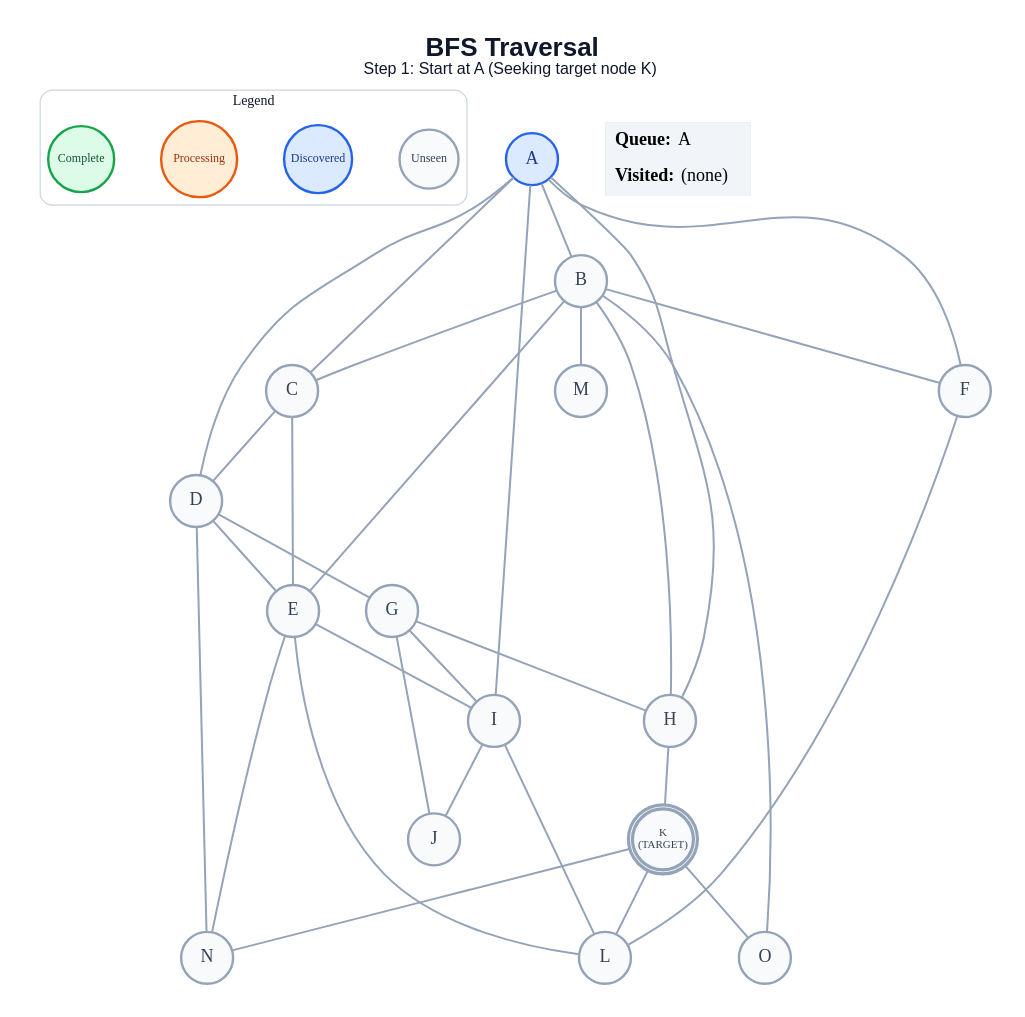
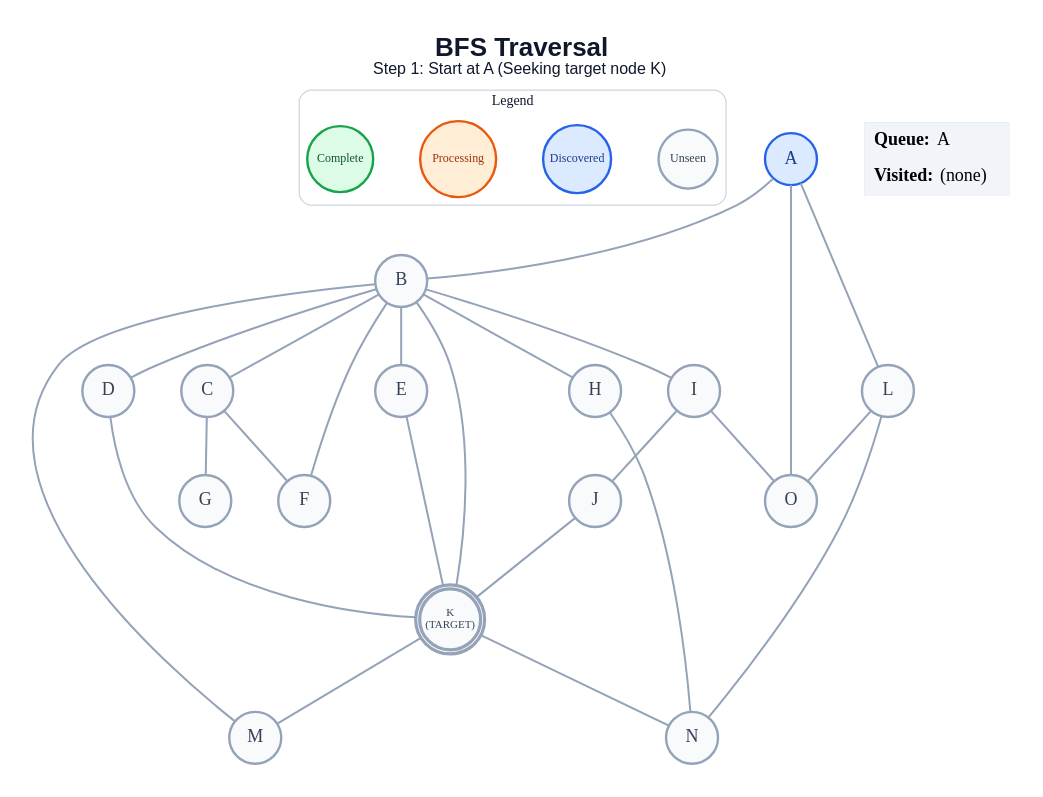
Before and after one commit to anon7238593-create/ai-slop: the diagram in generated/specific-node/bfs/step_01.dot, drawn with Graphviz. The commit also changed 289 other files, not shown here.

```diff
--- a/generated/specific-node/bfs/step_01.dot
+++ b/generated/specific-node/bfs/step_01.dot
@@ -1,64 +1,57 @@
 graph traversal {
   graph [layout=dot, rankdir=TB, bgcolor="#FFFFFF", pad="0.35", nodesep="0.65", ranksep="0.8", fontname="Arial"];
   node [shape=circle, style="filled", fontname="Arial Bold", fontsize=18, width=0.72, fixedsize=true, penwidth=2.4];
   edge [color="#94A3B8", penwidth=2.0];
   label=<<B>BFS Traversal</B><BR/><FONT POINT-SIZE="16">Step 1: Start at A (Seeking target node K)</FONT>>; labelloc="t"; fontsize=26; fontname="Arial"; fontcolor="#0F172A";
   subgraph cluster_legend { label="Legend"; color="#CBD5E1"; penwidth=1.2; style="rounded"; fontsize=14; fontname="Arial Bold";
     key_unseen [label="Unseen", fillcolor="#F8FAFC", color="#94A3B8", fontcolor="#334155", fontsize=12, width=0.82];
     key_frontier [label="Discovered", fillcolor="#DBEAFE", color="#2563EB", fontcolor="#1E3A8A", fontsize=12, width=0.95];
     key_current [label="Processing", fillcolor="#FFEDD5", color="#EA580C", fontcolor="#9A3412", fontsize=12, width=1.05];
     key_done [label="Complete", fillcolor="#DCFCE7", color="#16A34A", fontcolor="#14532D", fontsize=12, width=0.92];
     { rank=same; key_unseen; key_frontier; key_current; key_done; }
   }
   A [label="A", fillcolor="#DBEAFE", color="#2563EB", fontcolor="#1E3A8A", peripheries=1, penwidth=2.4];
   B [label="B", fillcolor="#F8FAFC", color="#94A3B8", fontcolor="#334155", peripheries=1, penwidth=2.4];
   C [label="C", fillcolor="#F8FAFC", color="#94A3B8", fontcolor="#334155", peripheries=1, penwidth=2.4];
   D [label="D", fillcolor="#F8FAFC", color="#94A3B8", fontcolor="#334155", peripheries=1, penwidth=2.4];
   E [label="E", fillcolor="#F8FAFC", color="#94A3B8", fontcolor="#334155", peripheries=1, penwidth=2.4];
   F [label="F", fillcolor="#F8FAFC", color="#94A3B8", fontcolor="#334155", peripheries=1, penwidth=2.4];
   G [label="G", fillcolor="#F8FAFC", color="#94A3B8", fontcolor="#334155", peripheries=1, penwidth=2.4];
   H [label="H", fillcolor="#F8FAFC", color="#94A3B8", fontcolor="#334155", peripheries=1, penwidth=2.4];
   I [label="I", fillcolor="#F8FAFC", color="#94A3B8", fontcolor="#334155", peripheries=1, penwidth=2.4];
   J [label="J", fillcolor="#F8FAFC", color="#94A3B8", fontcolor="#334155", peripheries=1, penwidth=2.4];
   K [label="K\n(TARGET)", fillcolor="#F8FAFC", color="#94A3B8", fontcolor="#334155", peripheries=2, penwidth=3.2, fontsize=11, width=0.85, height=0.85];
   L [label="L", fillcolor="#F8FAFC", color="#94A3B8", fontcolor="#334155", peripheries=1, penwidth=2.4];
   M [label="M", fillcolor="#F8FAFC", color="#94A3B8", fontcolor="#334155", peripheries=1, penwidth=2.4];
   N [label="N", fillcolor="#F8FAFC", color="#94A3B8", fontcolor="#334155", peripheries=1, penwidth=2.4];
   O [label="O", fillcolor="#F8FAFC", color="#94A3B8", fontcolor="#334155", peripheries=1, penwidth=2.4];
   A -- B;
-  A -- C;
-  A -- D;
-  A -- F;
-  A -- H;
-  A -- I;
+  A -- L;
+  A -- O;
   B -- C;
+  B -- D;
   B -- E;
   B -- F;
   B -- H;
+  B -- I;
+  B -- K;
   B -- M;
-  B -- O;
-  C -- D;
-  C -- E;
-  D -- E;
-  D -- G;
-  D -- N;
-  E -- I;
-  E -- L;
-  E -- N;
-  F -- L;
-  G -- H;
-  G -- I;
-  G -- J;
-  H -- K;
+  C -- F;
+  C -- G;
+  D -- K;
+  E -- K;
+  H -- N;
   I -- J;
-  I -- L;
-  K -- L;
+  I -- O;
+  J -- K;
+  K -- M;
   K -- N;
-  K -- O;
+  L -- N;
+  L -- O;
   status [shape=plain, fixedsize=false, width=0, height=0, margin=0, label=<
     <TABLE BORDER="0" CELLBORDER="0" CELLPADDING="7" BGCOLOR="#F1F5F9">
       <TR><TD ALIGN="LEFT"><B>Queue:</B> A</TD></TR>
       <TR><TD ALIGN="LEFT"><B>Visited:</B> (none)</TD></TR>
     </TABLE>
   >];
 }
```
